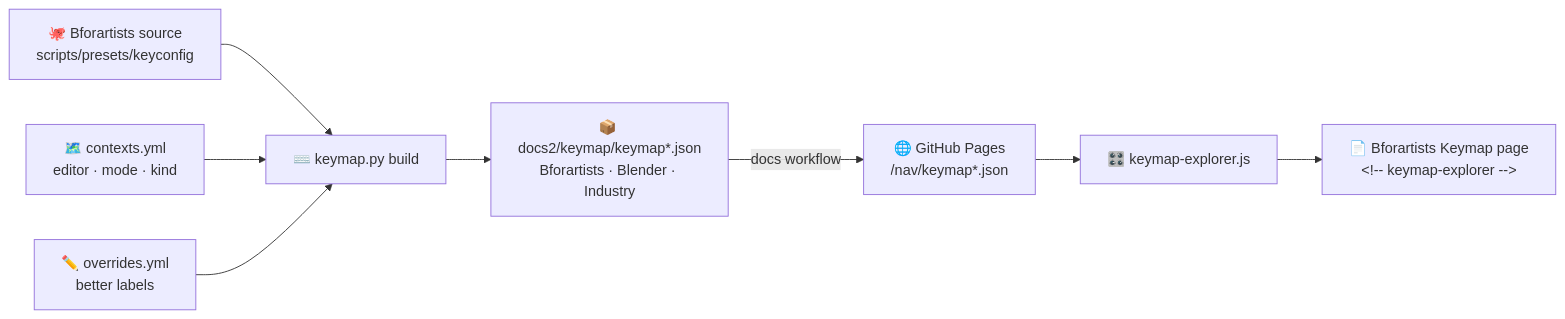
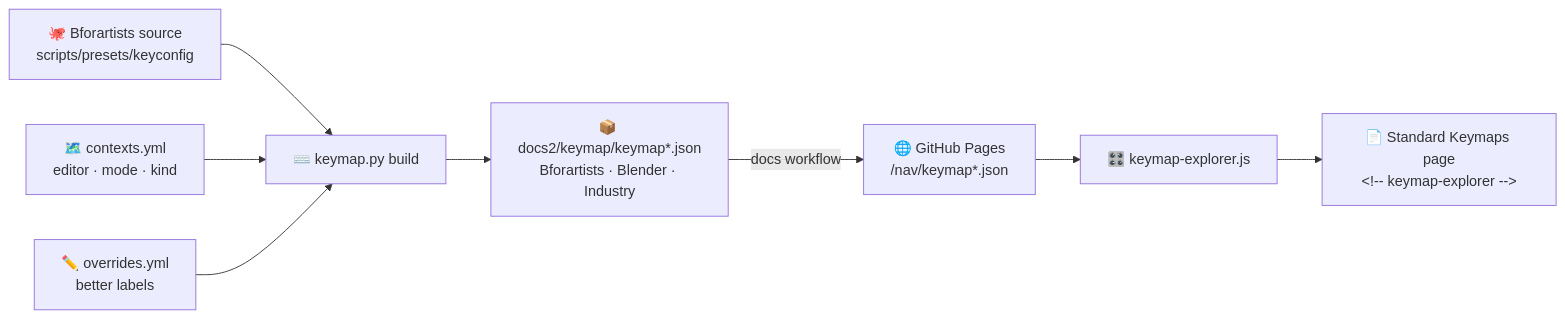
One commit to Bforartists/Manual changed the diagram in docs2/dev-docs/Keymap.md. Above: the diagram before and after it, drawn with Mermaid. The commit also changed other lines of this file and 17 other files, not shown here.

First line of the commit message:
Queue 9: Standard Keymaps, generated Keymap Table, hotkey pictures, comparison notes

````diff
--- a/docs2/dev-docs/Keymap.md
+++ b/docs2/dev-docs/Keymap.md
@@ -9,10 +9,10 @@
 ```mermaid
 flowchart LR
   SRC["🐙 Bforartists source<br/>scripts/presets/keyconfig"] --> TOOL["⌨️ keymap.py build"]
   CTX["🗺️ contexts.yml<br/>editor · mode · kind"] --> TOOL
   OVR["✏️ overrides.yml<br/>better labels"] --> TOOL
   TOOL --> JSON["📦 docs2/keymap/keymap*.json<br/>Bforartists · Blender · Industry"]
   JSON -->|"docs workflow"| GHP["🌐 GitHub Pages<br/>/nav/keymap*.json"]
   GHP --> JS["🎛️ keymap-explorer.js"]
-  JS --> PAGE["📄 Bforartists Keymap page<br/>&lt;!-- keymap-explorer --&gt;"]
+  JS --> PAGE["📄 Standard Keymaps page<br/>&lt;!-- keymap-explorer --&gt;"]
 ```
````
